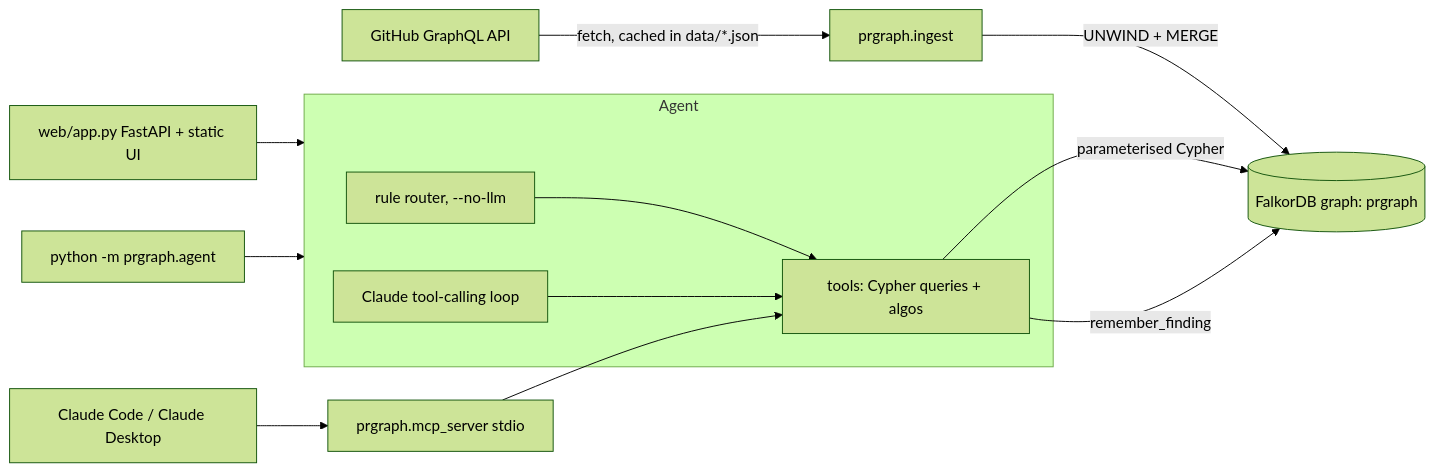
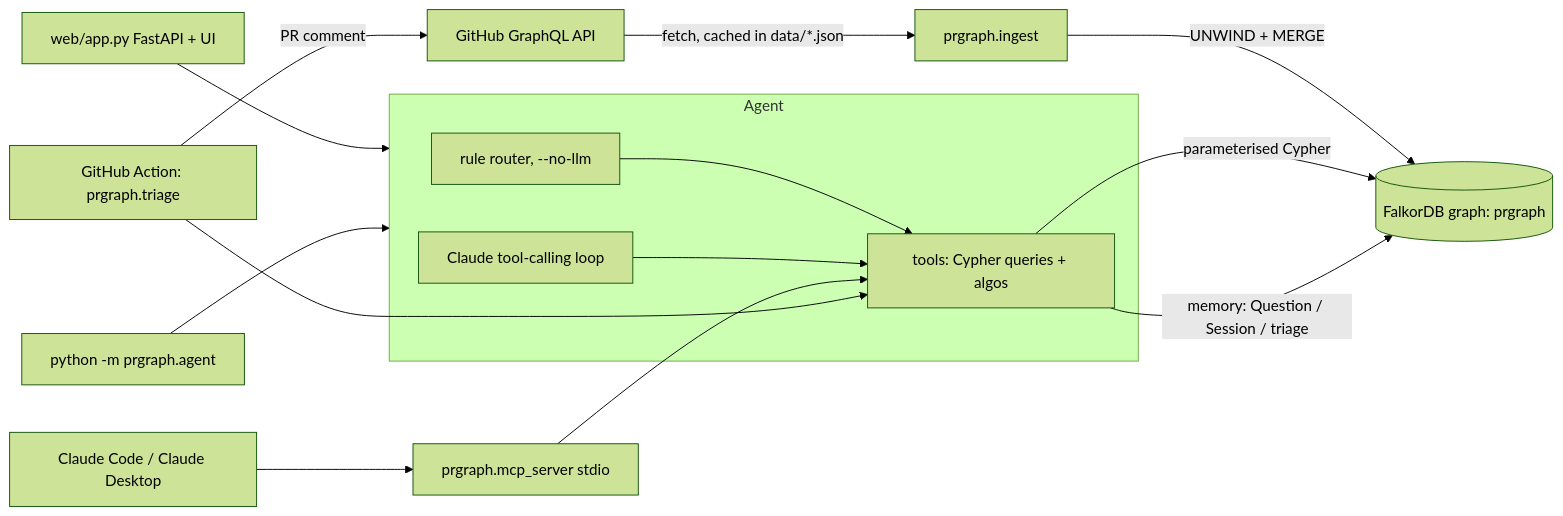
Before and after one commit to adhavan18/pr-radar: the first of 2 diagrams in README.md, drawn with Mermaid (forest theme). The commit also changed other lines of this file and 2 other files, not shown here.

````diff
--- a/README.md
+++ b/README.md
@@ -13,15 +100,17 @@
 ```mermaid
 flowchart LR
   GH[GitHub GraphQL API] -->|fetch, cached in data/*.json| ING[prgraph.ingest]
   ING -->|UNWIND + MERGE| FDB[(FalkorDB graph: prgraph)]
   subgraph Agent
     R[rule router, --no-llm] --> T[tools: Cypher queries + algos]
     L[Claude tool-calling loop] --> T
   end
   T -->|parameterised Cypher| FDB
-  T -->|remember_finding| FDB
-  WEB[web/app.py FastAPI + static UI] --> Agent
+  T -->|memory: Question / Session / triage| FDB
+  WEB[web/app.py FastAPI + UI] --> Agent
   CLI[python -m prgraph.agent] --> Agent
   MCP[prgraph.mcp_server stdio] --> T
+  ACT[GitHub Action: prgraph.triage] --> T
+  ACT -->|PR comment| GH
   CC[Claude Code / Claude Desktop] --> MCP
 ```
````
